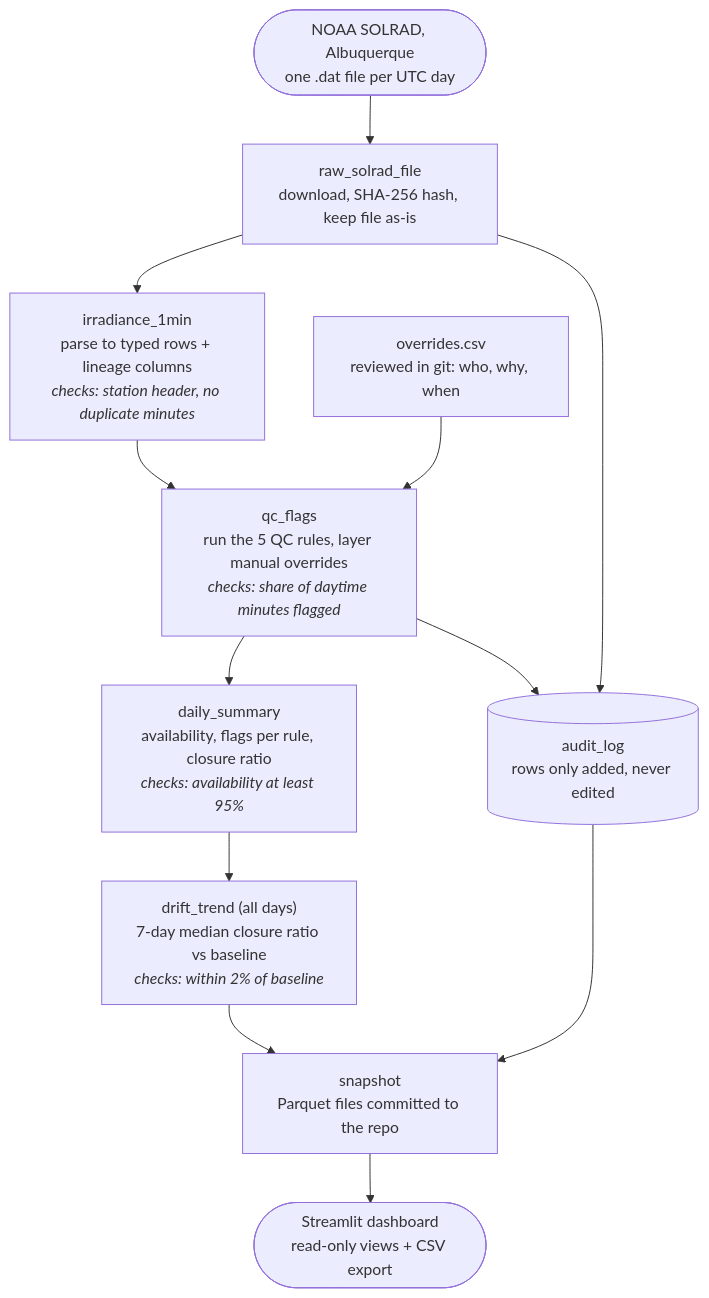
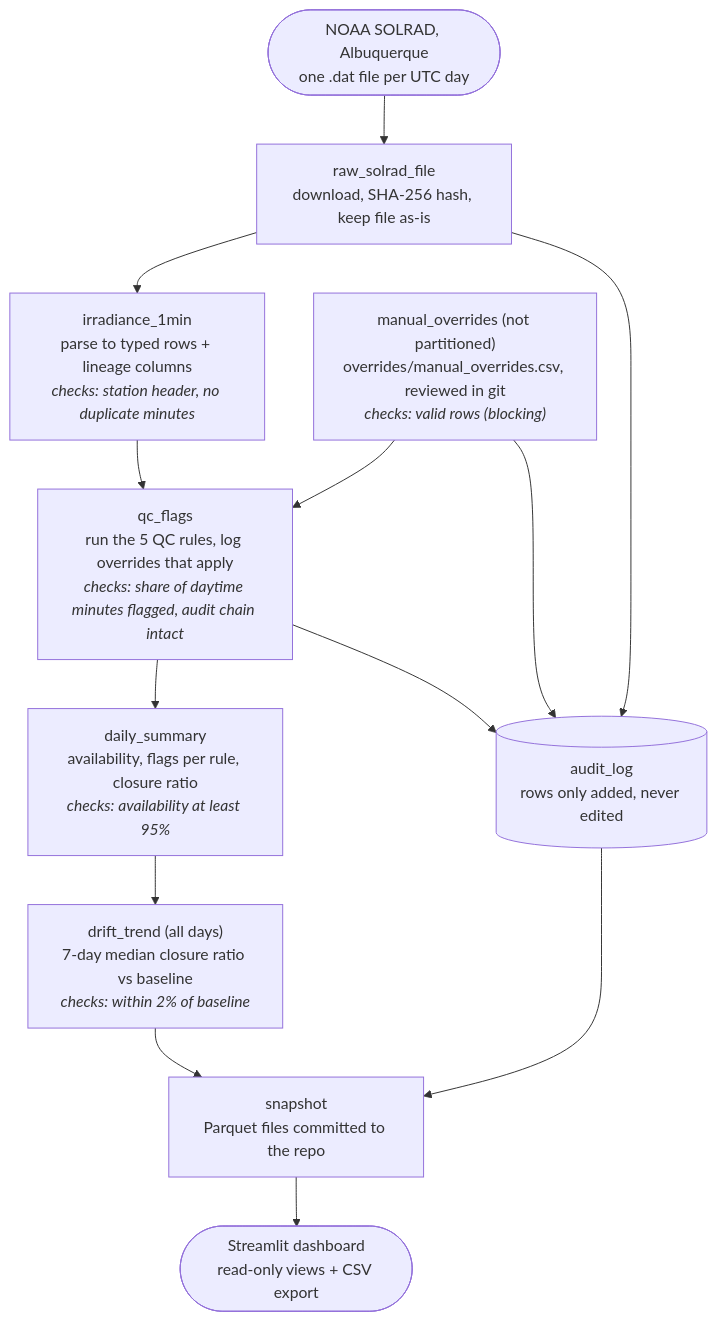
The diagram in docs/design.md (anjahelfrich/abq-solar-qc), drawn with Mermaid before and after one commit. The commit also changed other lines of this file and 13 other files, not shown here.

First line of the commit message:
Add audit log with hash chain, manual overrides and qc_status view

````diff
--- a/docs/design.md
+++ b/docs/design.md
@@ -44,19 +44,20 @@
 ```mermaid
 flowchart TD
     noaa(["NOAA SOLRAD, Albuquerque<br/>one .dat file per UTC day"])
     raw["raw_solrad_file<br/>download, SHA-256 hash, keep file as-is"]
     irr["irradiance_1min<br/>parse to typed rows + lineage columns<br/><i>checks: station header, no duplicate minutes</i>"]
-    qc["qc_flags<br/>run the 5 QC rules, layer manual overrides<br/><i>checks: share of daytime minutes flagged</i>"]
+    qc["qc_flags<br/>run the 5 QC rules, log overrides that apply<br/><i>checks: share of daytime minutes flagged, audit chain intact</i>"]
     daily["daily_summary<br/>availability, flags per rule, closure ratio<br/><i>checks: availability at least 95%</i>"]
     drift["drift_trend (all days)<br/>7-day median closure ratio vs baseline<br/><i>checks: within 2% of baseline</i>"]
     snap["snapshot<br/>Parquet files committed to the repo"]
     dash(["Streamlit dashboard<br/>read-only views + CSV export"])
-    ovr["overrides.csv<br/>reviewed in git: who, why, when"]
+    ovr["manual_overrides (not partitioned)<br/>overrides/manual_overrides.csv, reviewed in git<br/><i>checks: valid rows (blocking)</i>"]
     audit[("audit_log<br/>rows only added, never edited")]
 
     noaa --> raw --> irr --> qc --> daily --> drift --> snap --> dash
     ovr --> qc
     raw --> audit
+    ovr --> audit
     qc --> audit
     audit --> snap
 ```
````
